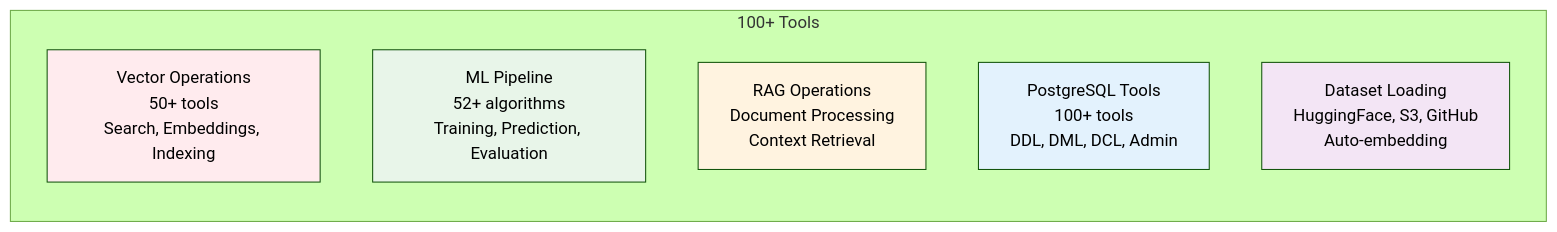
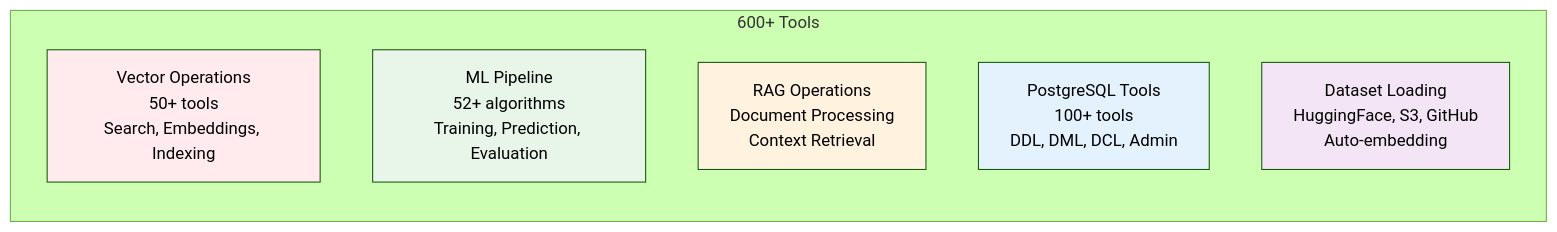
The third of 3 diagrams in NeuronMCP/README.md (neurondb/neurondb), drawn with Mermaid (forest theme) before and after one commit. The commit also changed other lines of this file and 18 other files, not shown here.

````diff
--- a/NeuronMCP/README.md
+++ b/NeuronMCP/README.md
@@ -271,16 +275,16 @@
 ```mermaid
 graph LR
-    subgraph TOOLS["100+ Tools"]
+    subgraph TOOLS["600+ Tools"]
         VEC_TOOLS[Vector Operations<br/>50+ tools<br/>Search, Embeddings, Indexing]
         ML_TOOLS[ML Pipeline<br/>52+ algorithms<br/>Training, Prediction, Evaluation]
         RAG_TOOLS[RAG Operations<br/>Document Processing<br/>Context Retrieval]
         PG_TOOLS[PostgreSQL Tools<br/>100+ tools<br/>DDL, DML, DCL, Admin]
         DATASET_TOOLS[Dataset Loading<br/>HuggingFace, S3, GitHub<br/>Auto-embedding]
     end
     
     style VEC_TOOLS fill:#ffebee
     style ML_TOOLS fill:#e8f5e9
     style RAG_TOOLS fill:#fff3e0
     style PG_TOOLS fill:#e3f2fd
     style DATASET_TOOLS fill:#f3e5f5
 ```
````
